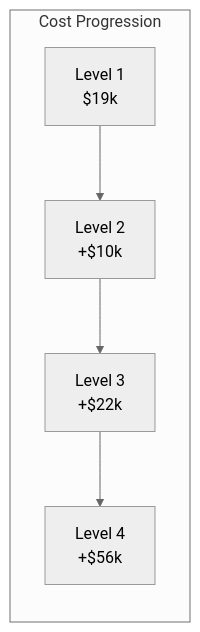
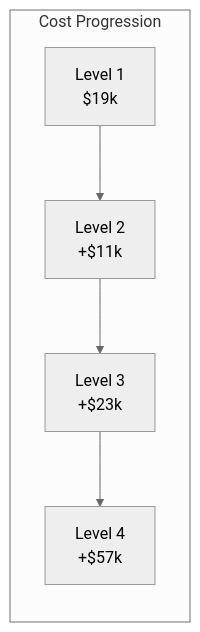
One commit to jnarwell/drip changed the diagram in docs/system/levels.md. Above: the diagram before and after it, drawn with Mermaid (neutral theme). The commit also changed other lines of this file and 112 other files, not shown here.

First line of the commit message:
Remove unrealistic timelines from documentation

````diff
--- a/docs/system/levels.md
+++ b/docs/system/levels.md
@@ -128,8 +128,8 @@
 ```mermaid
 graph LR
     subgraph "Cost Progression"
-        L1[Level 1<br/>$19k] --> L2[Level 2<br/>+$10k]
-        L2 --> L3[Level 3<br/>+$22k]
-        L3 --> L4[Level 4<br/>+$56k]
+        L1[Level 1<br/>$19k] --> L2[Level 2<br/>+$11k]
+        L2 --> L3[Level 3<br/>+$23k]
+        L3 --> L4[Level 4<br/>+$57k]
     end
 ```
````
